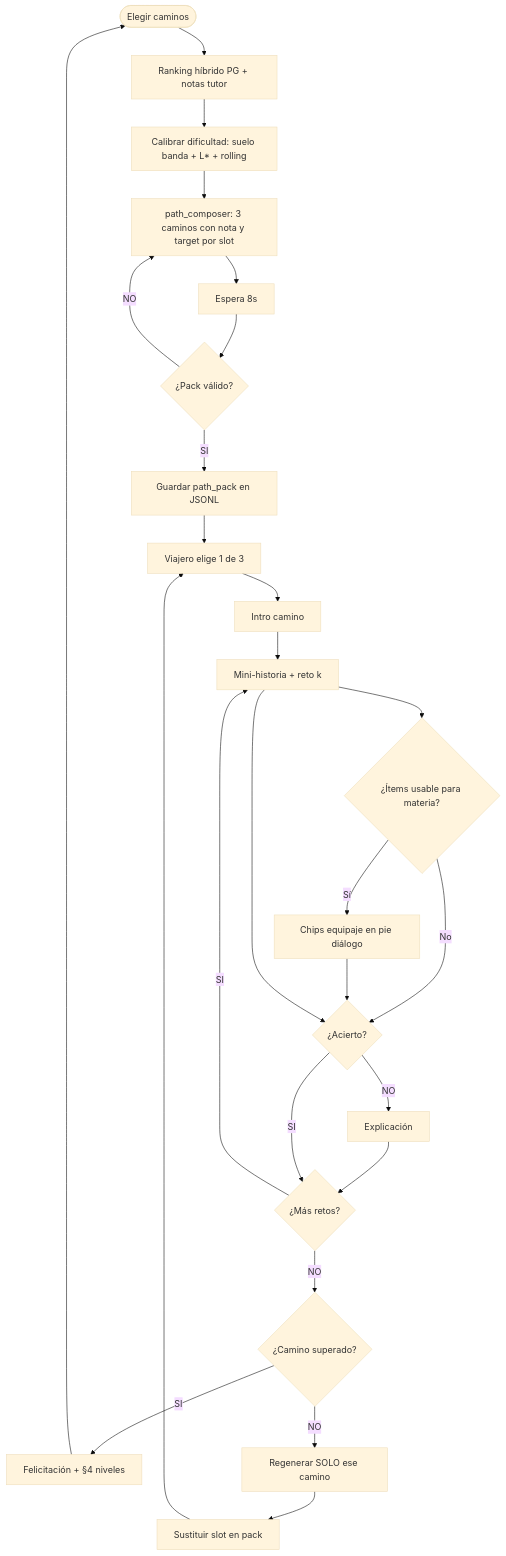
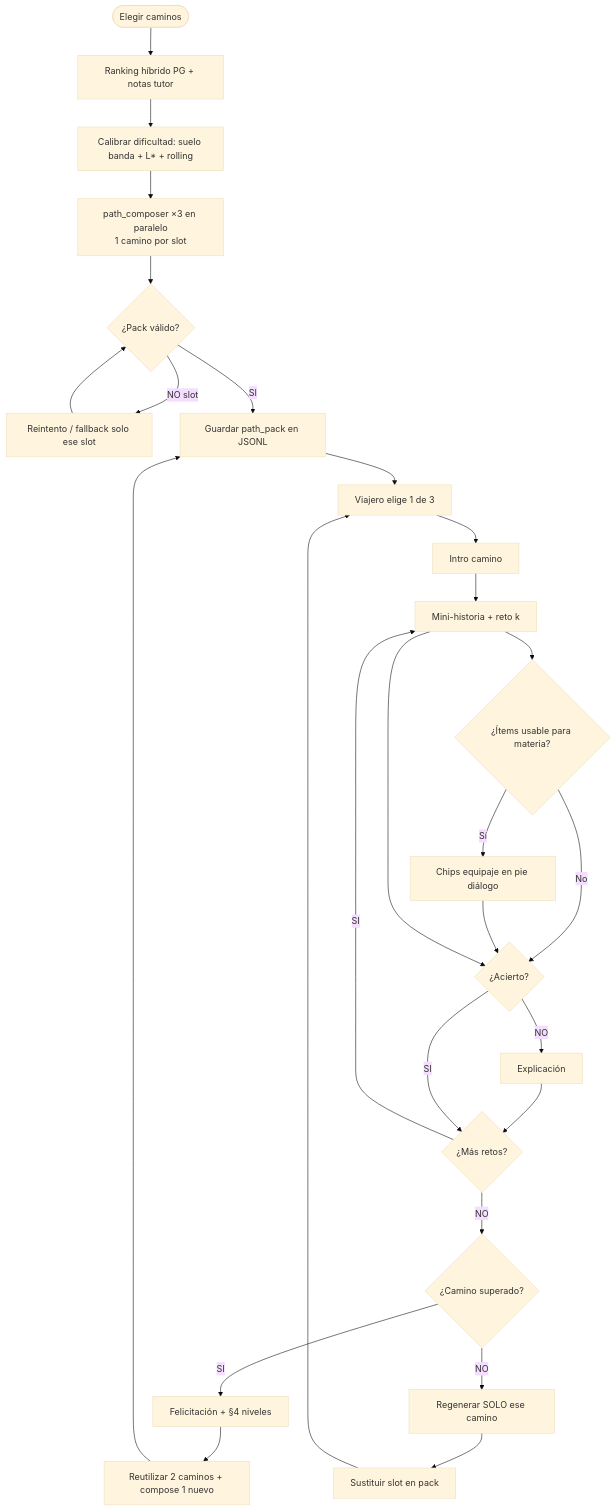
One commit to KuiperBelt-PRO/kidepik changed the fourth of 6 diagrams in .cursor/diagrams/16-journey-mechanics-flows.md. Above: the diagram before and after it, drawn with Mermaid (base theme). The commit also changed 50 other files, not shown here.

First line of the commit message:
fix MCQ prompts and rewind path pack after completed routes

````diff
--- a/.cursor/diagrams/16-journey-mechanics-flows.md
+++ b/.cursor/diagrams/16-journey-mechanics-flows.md
@@ -77,28 +77,29 @@
 ```mermaid
 flowchart TD
   A([Elegir caminos]) --> B[Ranking híbrido PG + notas tutor]
   B --> B2[Calibrar dificultad: suelo banda + L* + rolling]
-  B2 --> C[path_composer: 3 caminos con nota y target por slot]
-  C --> W[Espera 8s]
-  W --> D{¿Pack válido?}
-  D -- NO --> C
+  B2 --> C[path_composer ×3 en paralelo<br/>1 camino por slot]
+  C --> D{¿Pack válido?}
+  D -- NO slot --> C2[Reintento / fallback solo ese slot]
+  C2 --> D
   D -- SI --> E[Guardar path_pack en JSONL]
   E --> F[Viajero elige 1 de 3]
   F --> G[Intro camino]
   G --> H[Mini-historia + reto k]
   H --> O{¿Ítems usable para materia?}
   O -- Sí --> P[Chips equipaje en pie diálogo]
   O -- No --> I
   P --> I{¿Acierto?}
   H --> I
   I -- NO --> J[Explicación]
   J --> K
   I -- SI --> K{¿Más retos?}
   K -- SI --> H
   K -- NO --> L{¿Camino superado?}
   L -- SI --> M[Felicitación + §4 niveles]
-  M --> A
+  M --> R[Reutilizar 2 caminos + compose 1 nuevo]
+  R --> E
   L -- NO --> N[Regenerar SOLO ese camino]
   N --> E2[Sustituir slot en pack]
   E2 --> F
 ```
````
